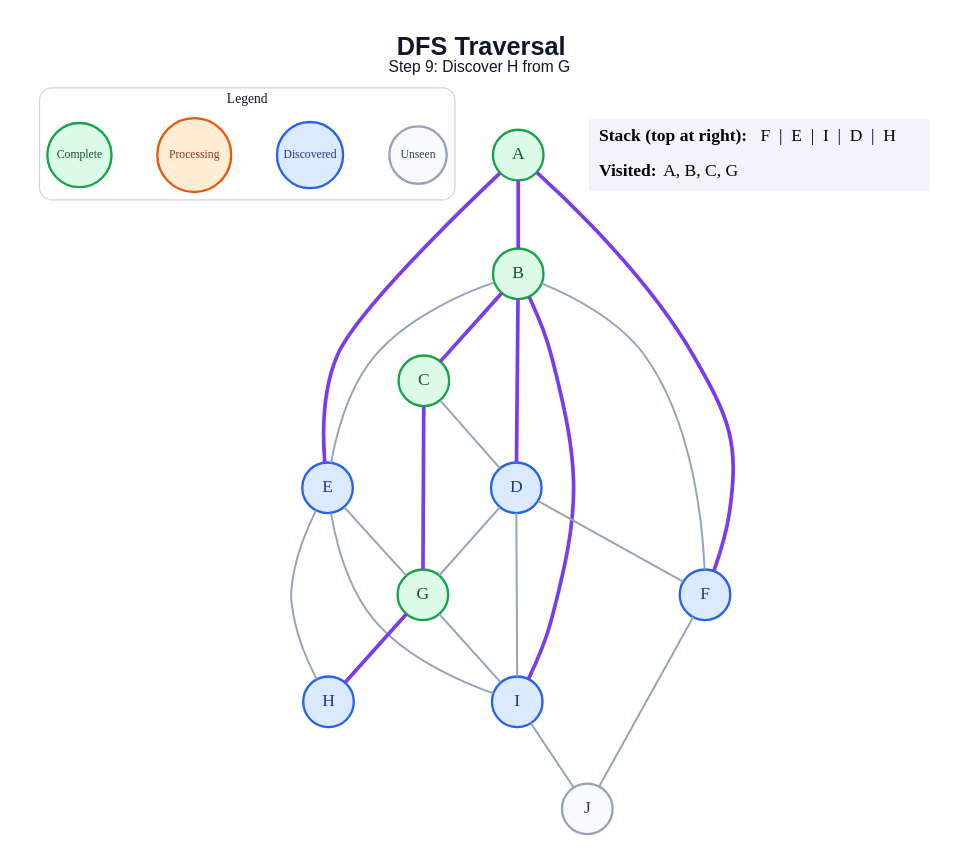
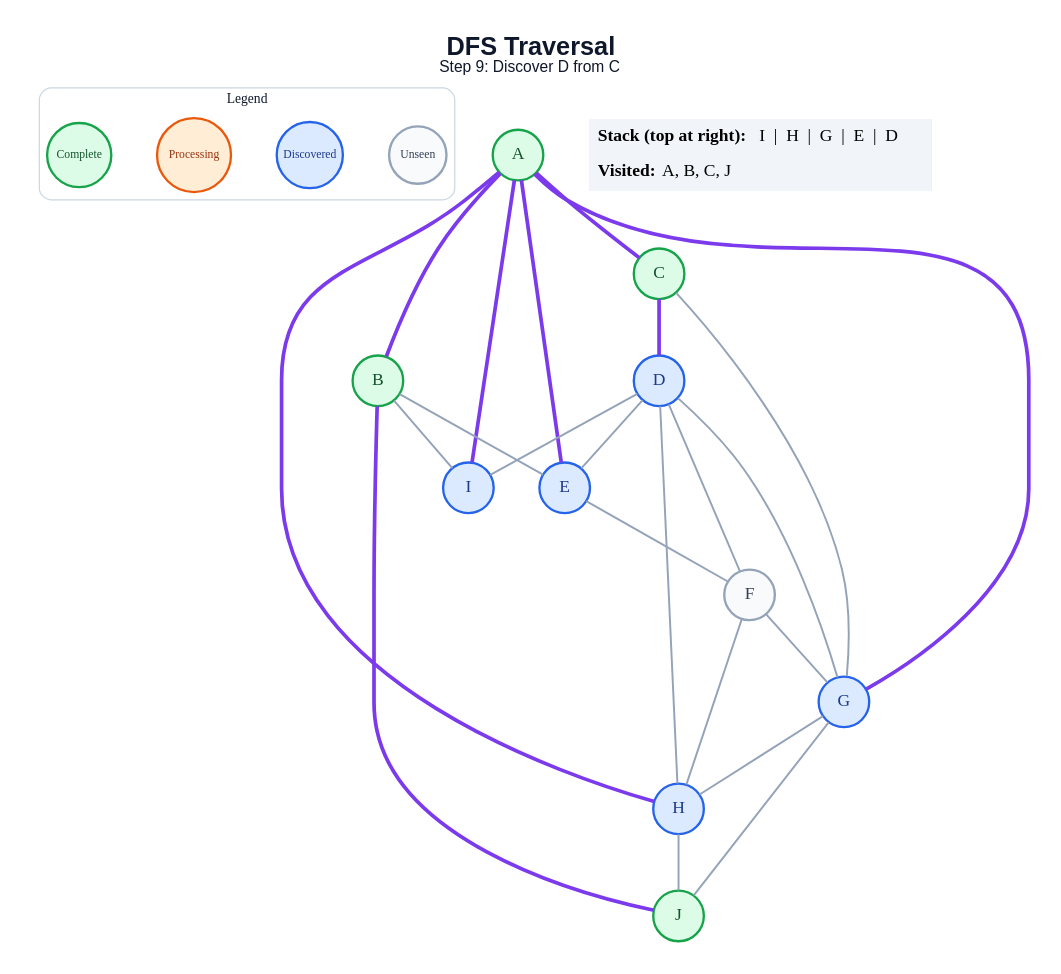
The diagram in generated/dfs/step_09.dot (amanghodawala9/ai-slop), drawn with Graphviz before and after one commit. The commit also changed 178 other files, not shown here.

```diff
--- a/generated/dfs/step_09.dot
+++ b/generated/dfs/step_09.dot
@@ -1,49 +1,51 @@
 graph traversal {
   graph [layout=dot, rankdir=TB, bgcolor="#FFFFFF", pad="0.35", nodesep="0.65", ranksep="0.8", fontname="Arial"];
   node [shape=circle, style="filled", fontname="Arial Bold", fontsize=18, width=0.72, fixedsize=true, penwidth=2.4];
   edge [color="#94A3B8", penwidth=2.0];
-  label=<<B>DFS Traversal</B><BR/><FONT POINT-SIZE="16">Step 9: Discover H from G</FONT>>; labelloc="t"; fontsize=26; fontname="Arial"; fontcolor="#0F172A";
+  label=<<B>DFS Traversal</B><BR/><FONT POINT-SIZE="16">Step 9: Discover D from C</FONT>>; labelloc="t"; fontsize=26; fontname="Arial"; fontcolor="#0F172A";
   subgraph cluster_legend { label="Legend"; color="#CBD5E1"; penwidth=1.2; style="rounded"; fontsize=14; fontname="Arial Bold";
     key_unseen [label="Unseen", fillcolor="#F8FAFC", color="#94A3B8", fontcolor="#334155", fontsize=12, width=0.82];
     key_frontier [label="Discovered", fillcolor="#DBEAFE", color="#2563EB", fontcolor="#1E3A8A", fontsize=12, width=0.95];
     key_current [label="Processing", fillcolor="#FFEDD5", color="#EA580C", fontcolor="#9A3412", fontsize=12, width=1.05];
     key_done [label="Complete", fillcolor="#DCFCE7", color="#16A34A", fontcolor="#14532D", fontsize=12, width=0.92];
     { rank=same; key_unseen; key_frontier; key_current; key_done; }
   }
   A [fillcolor="#DCFCE7", color="#16A34A", fontcolor="#14532D"];
   B [fillcolor="#DCFCE7", color="#16A34A", fontcolor="#14532D"];
   C [fillcolor="#DCFCE7", color="#16A34A", fontcolor="#14532D"];
   D [fillcolor="#DBEAFE", color="#2563EB", fontcolor="#1E3A8A"];
   E [fillcolor="#DBEAFE", color="#2563EB", fontcolor="#1E3A8A"];
-  F [fillcolor="#DBEAFE", color="#2563EB", fontcolor="#1E3A8A"];
-  G [fillcolor="#DCFCE7", color="#16A34A", fontcolor="#14532D"];
+  F [fillcolor="#F8FAFC", color="#94A3B8", fontcolor="#334155"];
+  G [fillcolor="#DBEAFE", color="#2563EB", fontcolor="#1E3A8A"];
   H [fillcolor="#DBEAFE", color="#2563EB", fontcolor="#1E3A8A"];
   I [fillcolor="#DBEAFE", color="#2563EB", fontcolor="#1E3A8A"];
-  J [fillcolor="#F8FAFC", color="#94A3B8", fontcolor="#334155"];
+  J [fillcolor="#DCFCE7", color="#16A34A", fontcolor="#14532D"];
   A -- B [color="#7C3AED", penwidth=3.8];
+  A -- C [color="#7C3AED", penwidth=3.8];
   A -- E [color="#7C3AED", penwidth=3.8];
-  A -- F [color="#7C3AED", penwidth=3.8];
-  B -- C [color="#7C3AED", penwidth=3.8];
-  B -- D [color="#7C3AED", penwidth=3.8];
+  A -- G [color="#7C3AED", penwidth=3.8];
+  A -- H [color="#7C3AED", penwidth=3.8];
+  A -- I [color="#7C3AED", penwidth=3.8];
   B -- E;
-  B -- F;
-  B -- I [color="#7C3AED", penwidth=3.8];
-  C -- D;
-  C -- G [color="#7C3AED", penwidth=3.8];
+  B -- I;
+  B -- J [color="#7C3AED", penwidth=3.8];
+  C -- D [color="#7C3AED", penwidth=3.8];
+  C -- G;
+  D -- E;
   D -- F;
   D -- G;
+  D -- H;
   D -- I;
-  E -- G;
-  E -- H;
-  E -- I;
-  F -- J;
-  G -- H [color="#7C3AED", penwidth=3.8];
-  G -- I;
-  I -- J;
+  E -- F;
+  F -- G;
+  F -- H;
+  G -- H;
+  G -- J;
+  H -- J;
   status [shape=plain, fixedsize=false, width=0, height=0, margin=0, label=<
     <TABLE BORDER="0" CELLBORDER="0" CELLPADDING="7" BGCOLOR="#F1F5F9">
-      <TR><TD ALIGN="LEFT"><B>Stack (top at right):</B> F  |  E  |  I  |  D  |  H</TD></TR>
-      <TR><TD ALIGN="LEFT"><B>Visited:</B> A, B, C, G</TD></TR>
+      <TR><TD ALIGN="LEFT"><B>Stack (top at right):</B> I  |  H  |  G  |  E  |  D</TD></TR>
+      <TR><TD ALIGN="LEFT"><B>Visited:</B> A, B, C, J</TD></TR>
     </TABLE>
   >];
 }
```
